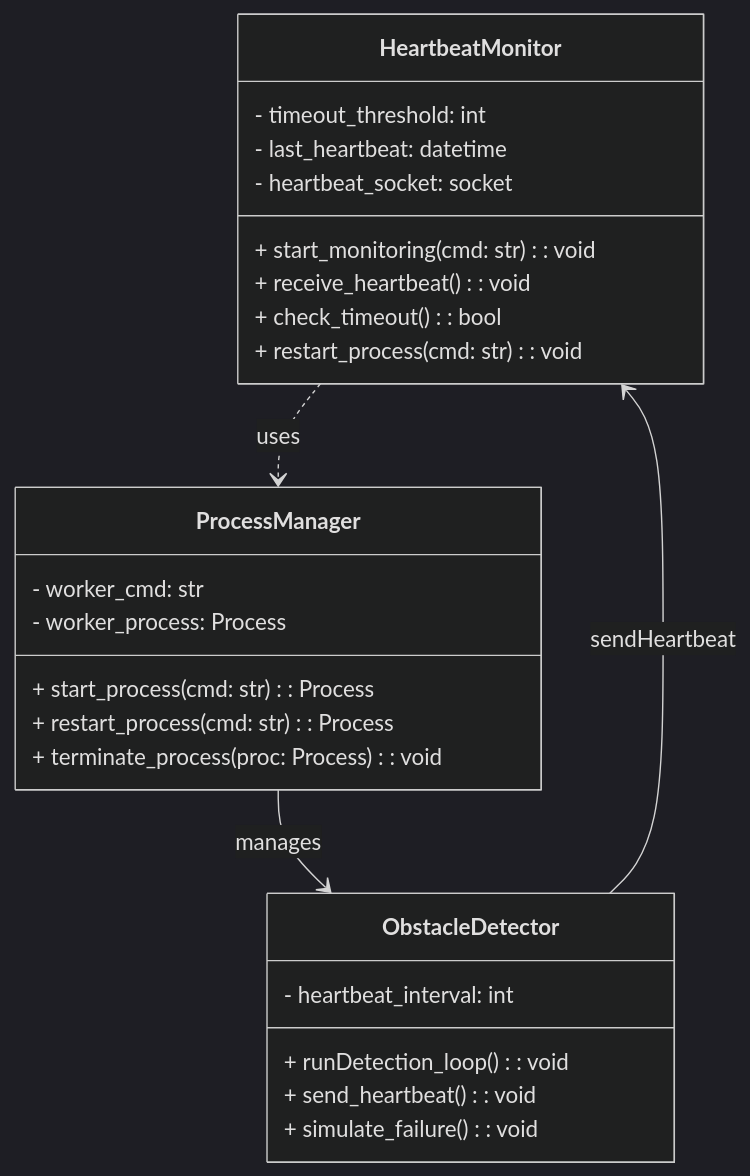
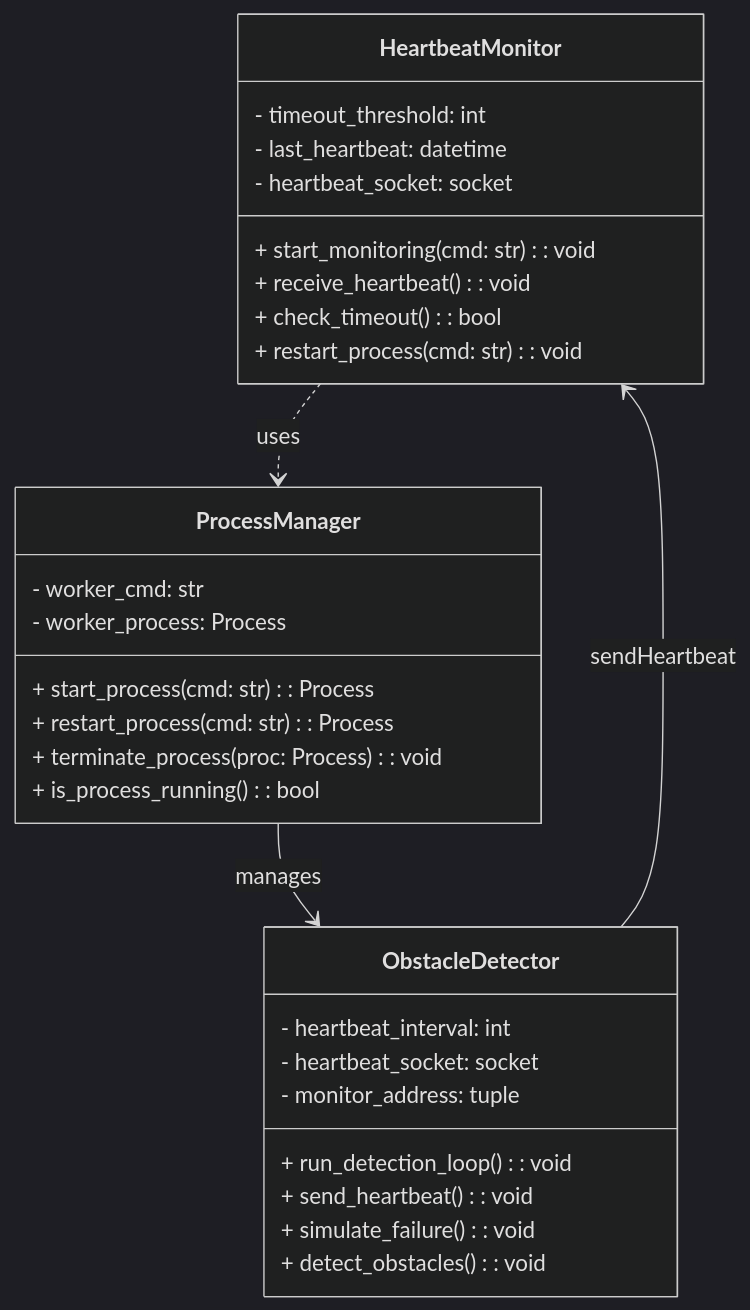
One commit to ajbarea/heartbeat-obstacle-detector changed the first of 2 diagrams in README.md. Above: the diagram before and after it, drawn with Mermaid (dark theme). The commit also changed other lines of this file and 11 other files, not shown here.

````diff
--- a/README.md
+++ b/README.md
@@ -41,31 +43,35 @@
 ```mermaid
 classDiagram
     class HeartbeatMonitor {
         - timeout_threshold: int
         - last_heartbeat: datetime
         - heartbeat_socket: socket
         + start_monitoring(cmd: str): void
         + receive_heartbeat(): void
         + check_timeout(): bool
         + restart_process(cmd: str): void
     }
 
     class ProcessManager {
         - worker_cmd: str
         - worker_process: Process
         + start_process(cmd: str): Process
         + restart_process(cmd: str): Process
         + terminate_process(proc: Process): void
+        + is_process_running(): bool
     }
 
     class ObstacleDetector {
         - heartbeat_interval: int
-        + runDetection_loop(): void
+        - heartbeat_socket: socket
+        - monitor_address: tuple
+        + run_detection_loop(): void
         + send_heartbeat(): void
         + simulate_failure(): void
+        + detect_obstacles(): void
     }
 
     HeartbeatMonitor ..> ProcessManager : uses
     ProcessManager --> ObstacleDetector : manages
     ObstacleDetector --> HeartbeatMonitor : sendHeartbeat
 ```
````
